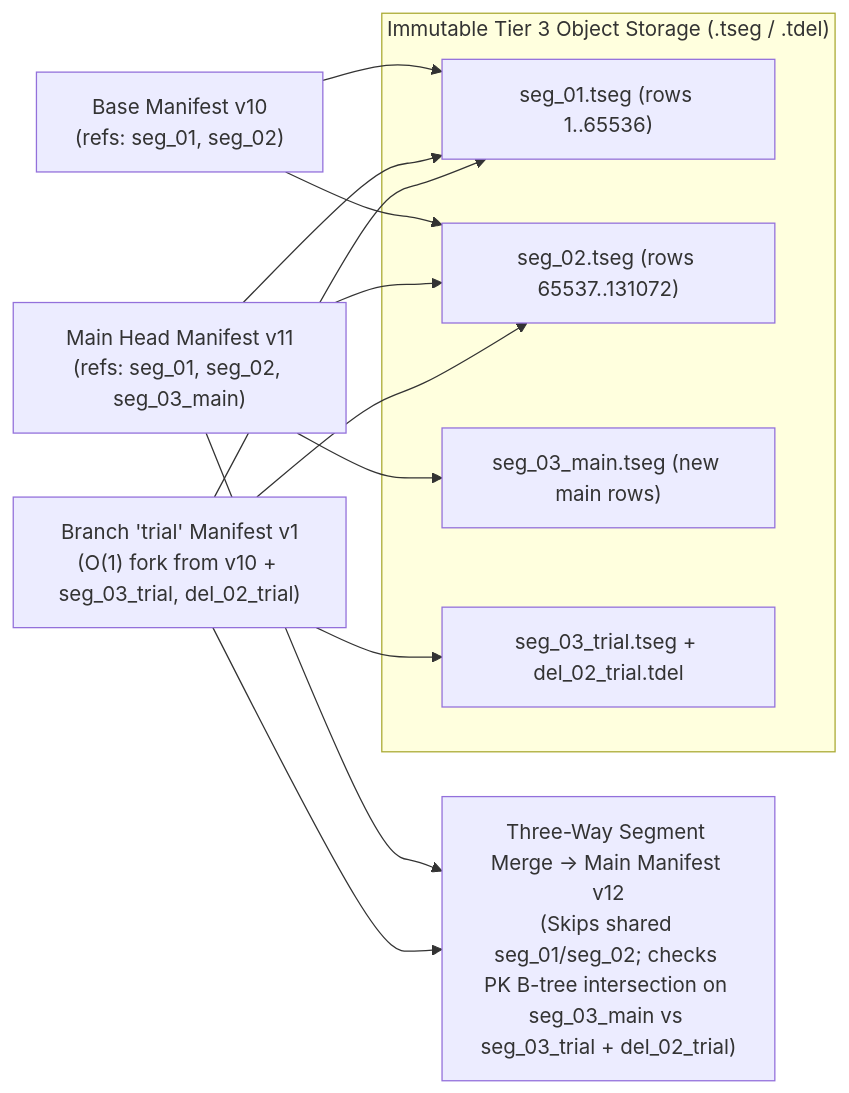
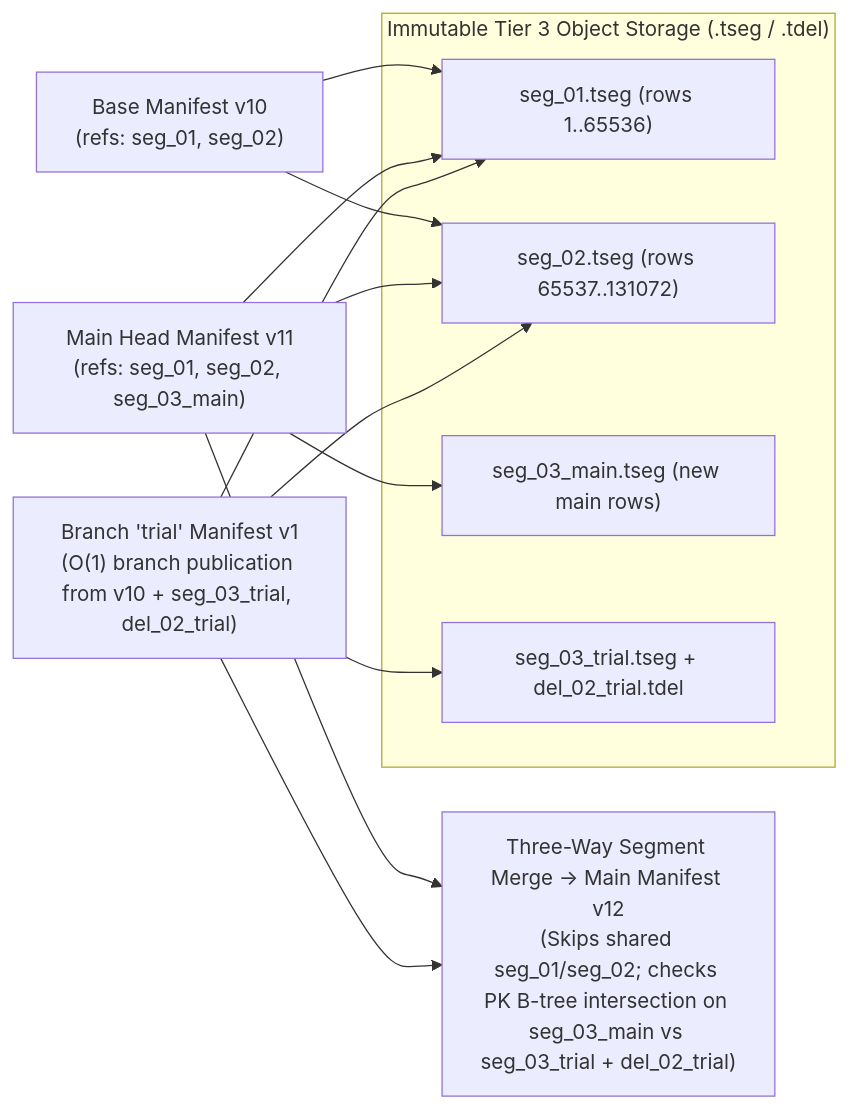
The first of 2 diagrams in docs/handbook/internals/state-model.md (spoke-sh/transit), drawn with Mermaid before and after one commit. The commit also changed other lines of this file and 7 other files, not shown here.

````diff
--- a/docs/handbook/internals/state-model.md
+++ b/docs/handbook/internals/state-model.md
@@ -269,24 +287,24 @@
 ```mermaid
 flowchart LR
   subgraph SharedSegments["Immutable Tier 3 Object Storage (.tseg / .tdel)"]
     S1["seg_01.tseg (rows 1..65536)"]
     S2["seg_02.tseg (rows 65537..131072)"]
     S3Main["seg_03_main.tseg (new main rows)"]
     S3Branch["seg_03_trial.tseg + del_02_trial.tdel"]
   end
 
   Base["Base Manifest v10\n(refs: seg_01, seg_02)"] --> S1
   Base --> S2
 
   Main["Main Head Manifest v11\n(refs: seg_01, seg_02, seg_03_main)"] --> S1
   Main --> S2
   Main --> S3Main
 
-  Trial["Branch 'trial' Manifest v1\n(O(1) fork from v10 + seg_03_trial, del_02_trial)"] --> S1
+  Trial["Branch 'trial' Manifest v1\n(O(1) branch publication from v10 + seg_03_trial, del_02_trial)"] --> S1
   Trial --> S2
   Trial --> S3Branch
 
   Merge["Three-Way Segment Merge -> Main Manifest v12\n(Skips shared seg_01/seg_02; checks PK B-tree intersection on seg_03_main vs seg_03_trial + del_02_trial)"]
   Main --> Merge
   Trial --> Merge
 ```
````
